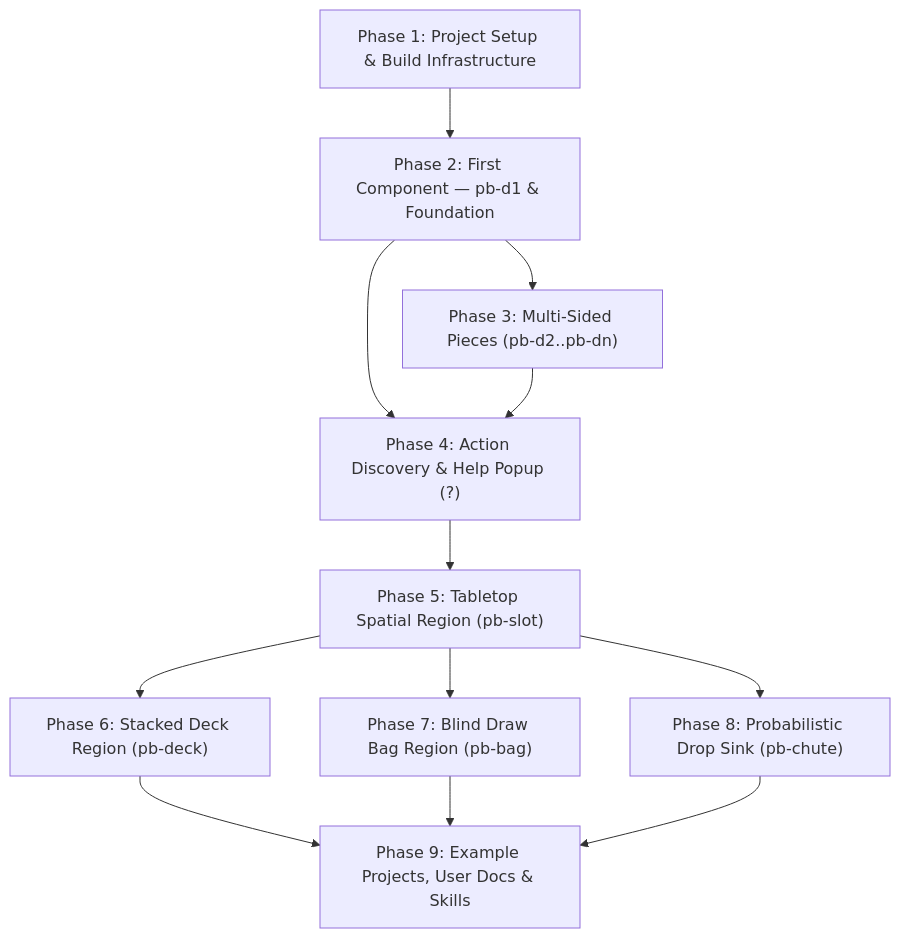
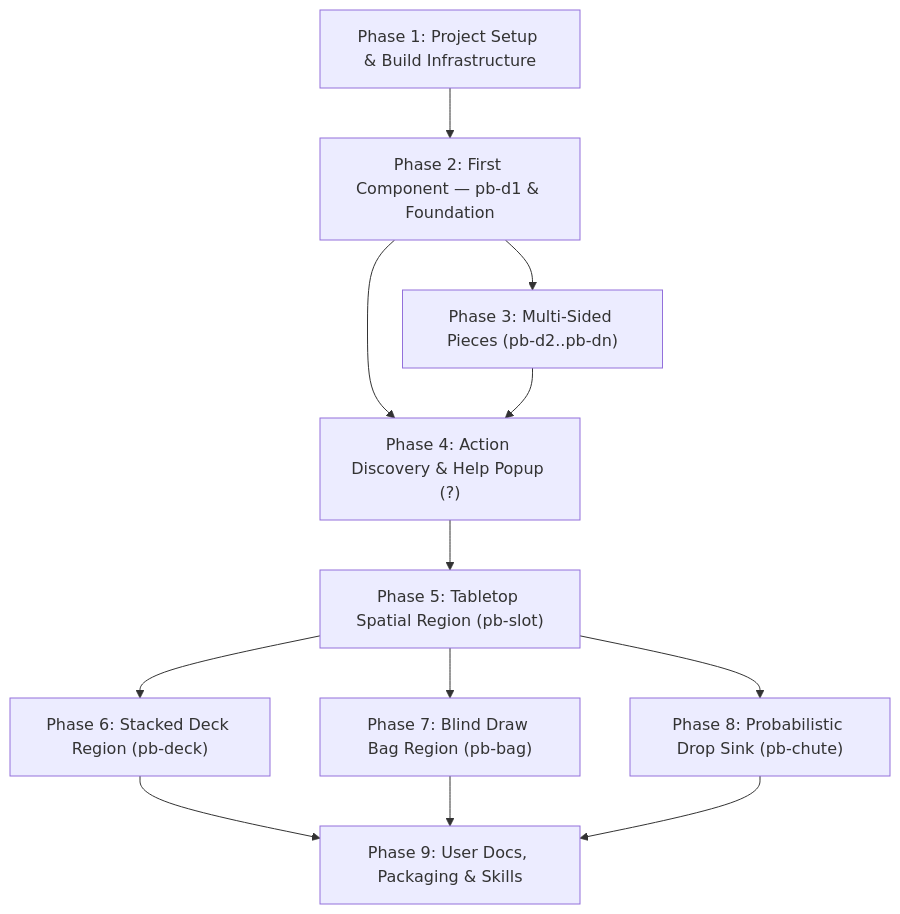
Before and after one commit to garysoed/protoboard3: the diagram in docs/azul.impl.md, drawn with Mermaid. The commit also changed other lines of this file, not shown here.

Commit message:
docs: remove example apps from Phase 9 in implementation roadmap

````diff
--- a/docs/azul.impl.md
+++ b/docs/azul.impl.md
@@ -9,14 +9,14 @@
 ```mermaid
 graph TD
     P1["Phase 1: Project Setup & Build Infrastructure"] --> P2["Phase 2: First Component — pb-d1 & Foundation"]
     P2 --> P3["Phase 3: Multi-Sided Pieces (pb-d2..pb-dn)"]
     P2 --> P4["Phase 4: Action Discovery & Help Popup (?)"]
     P3 --> P4
     P4 --> P5["Phase 5: Tabletop Spatial Region (pb-slot)"]
     P5 --> P6["Phase 6: Stacked Deck Region (pb-deck)"]
     P5 --> P7["Phase 7: Blind Draw Bag Region (pb-bag)"]
     P5 --> P8["Phase 8: Probabilistic Drop Sink (pb-chute)"]
-    P6 --> P9["Phase 9: Example Projects, User Docs & Skills"]
+    P6 --> P9["Phase 9: User Docs, Packaging & Skills"]
     P7 --> P9
     P8 --> P9
 ```
````
